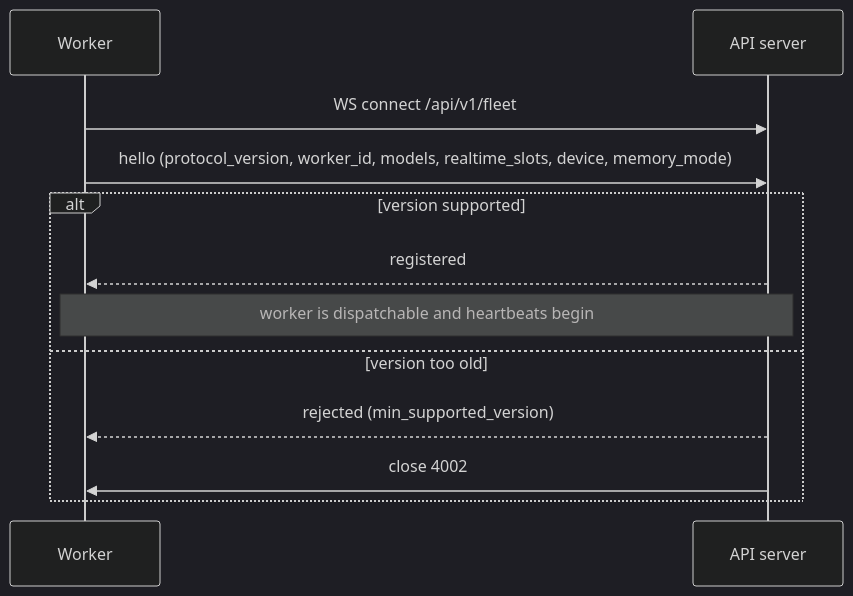
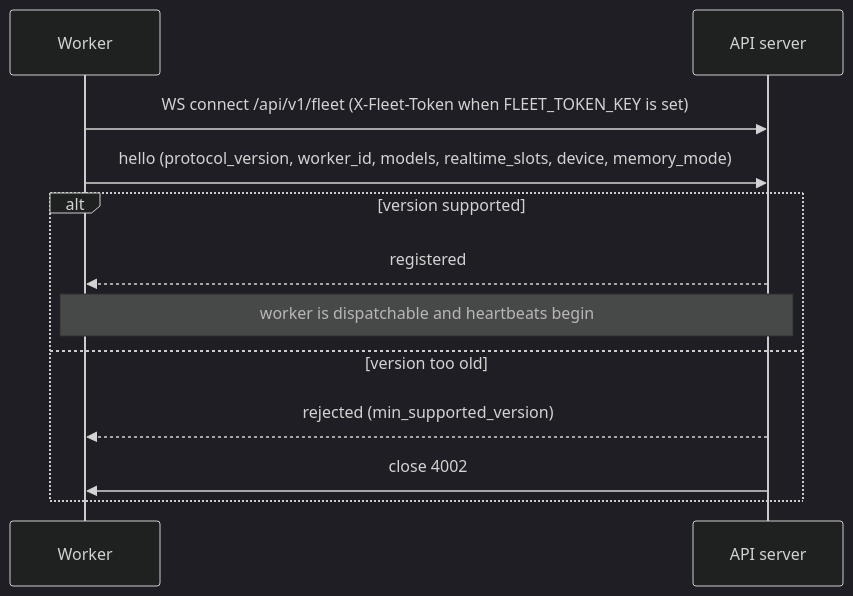
One commit to Portocolom-Studio/potocolom changed the first of 3 diagrams in docs/connection-handling.md. Above: the diagram before and after it, drawn with Mermaid (dark theme). The commit also changed other lines of this file and 9 other files, not shown here.

First line of the commit message:
Find the fleet token whatever case the worker sent it in

````diff
--- a/docs/connection-handling.md
+++ b/docs/connection-handling.md
@@ -71,14 +71,14 @@
 ```mermaid
 sequenceDiagram
     participant W as Worker
     participant A as API server
-    W->>A: WS connect /api/v1/fleet
+    W->>A: WS connect /api/v1/fleet (X-Fleet-Token when FLEET_TOKEN_KEY is set)
     W->>A: hello (protocol_version, worker_id, models, realtime_slots, device, memory_mode)
     alt version supported
         A-->>W: registered
         Note over W,A: worker is dispatchable and heartbeats begin
     else version too old
         A-->>W: rejected (min_supported_version)
         A->>W: close 4002
     end
 ```
````
